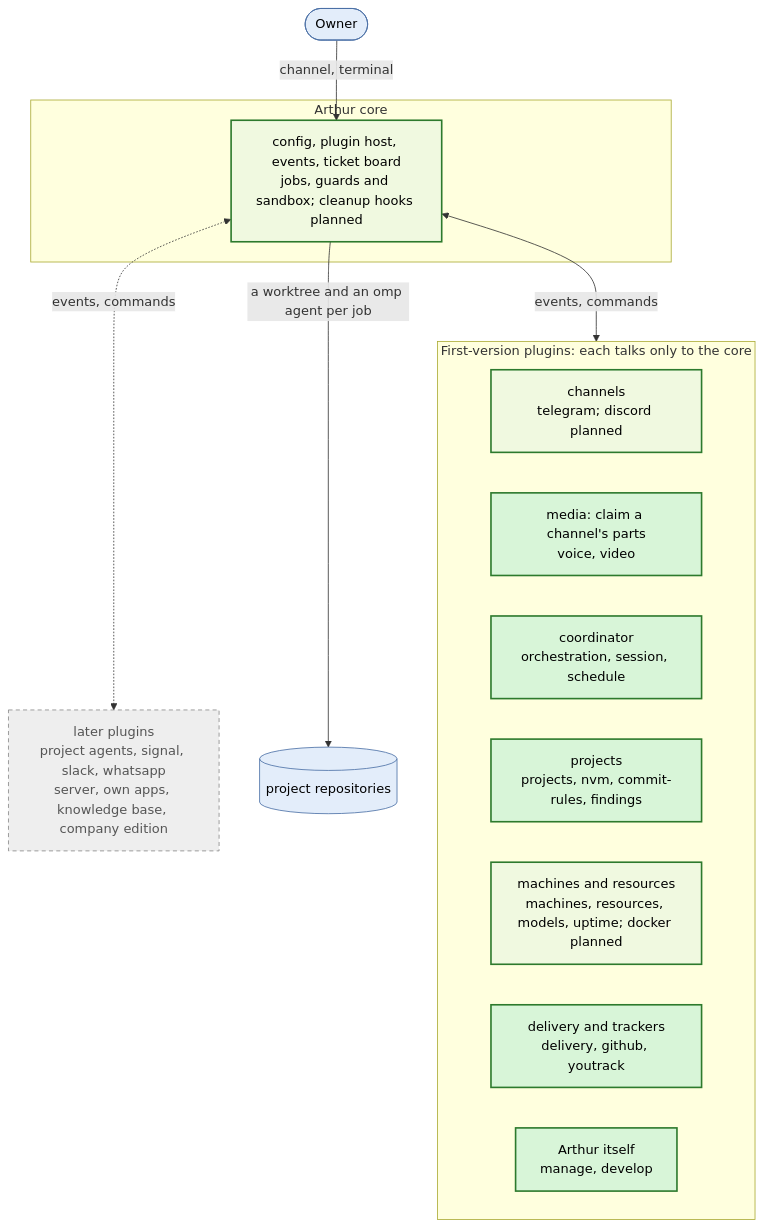
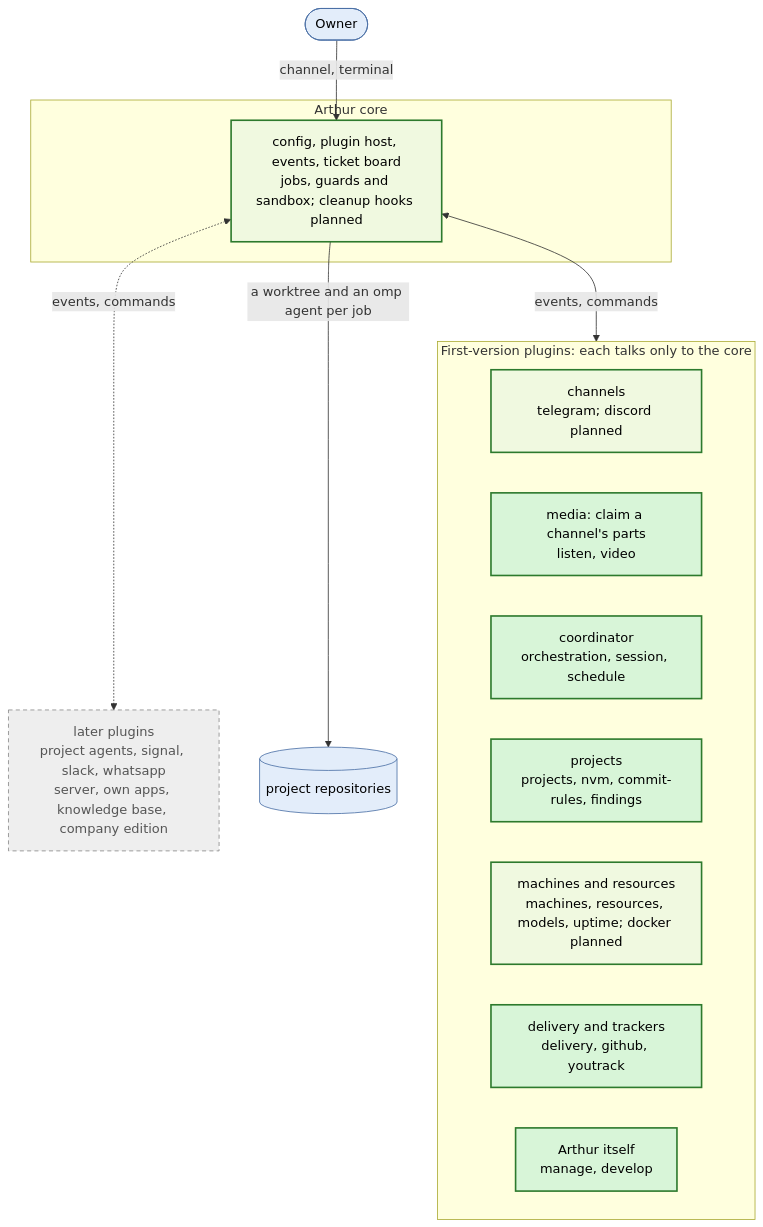
Before and after one commit to kacperadler/arthur: the diagram in README.md, drawn with Mermaid. The commit also changed other lines of this file and 26 other files, not shown here.

Commit message:
refactor(AR0554): rename the voice plugin to listen

````diff
--- a/README.md
+++ b/README.md
@@ -59,28 +59,28 @@
 ```mermaid
 flowchart TD
   owner([Owner]) -->|channel, terminal| core
   subgraph CORE[Arthur core]
     core[config, plugin host, events, ticket board<br/>jobs, guards and sandbox; cleanup hooks planned]
   end
   subgraph FIRST[First-version plugins: each talks only to the core]
     chan[channels<br/>telegram; discord planned]
-    media[media: claim a channel's parts<br/>voice, video]
+    media[media: claim a channel's parts<br/>listen, video]
     coord[coordinator<br/>orchestration, session, schedule]
     proj[projects<br/>projects, nvm, commit-rules, findings]
     res[machines and resources<br/>machines, resources, models, uptime; docker planned]
     deliv[delivery and trackers<br/>delivery, github, youtrack]
     self[Arthur itself<br/>manage, develop]
   end
   later[later plugins<br/>project agents, signal, slack, whatsapp<br/>server, own apps, knowledge base, company edition]
   core <-->|events, commands| FIRST
   core <-.->|events, commands| later
   core -->|a worktree and an omp agent per job| repos[(project repositories)]
   classDef built fill:#d8f5d8,stroke:#2d7a2d,stroke-width:2px,color:#000;
   classDef partial fill:#f0f9e0,stroke:#2d7a2d,stroke-width:2px,color:#000;
   classDef planned fill:#eee,stroke:#888,stroke-dasharray:5 4,color:#555;
   classDef outside fill:#e3edfa,stroke:#4a6fa5,color:#000;
   class coord,proj,deliv,self,media built;
   class core,chan,res partial;
   class later planned;
   class owner,repos outside;
 ```
````
